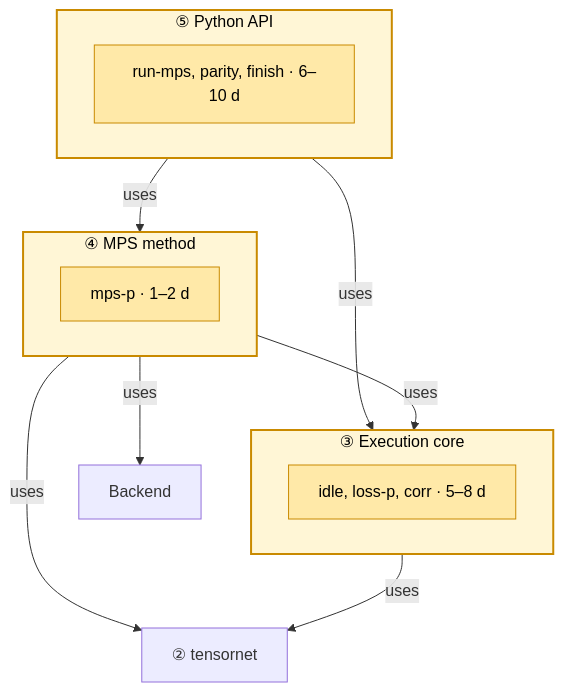
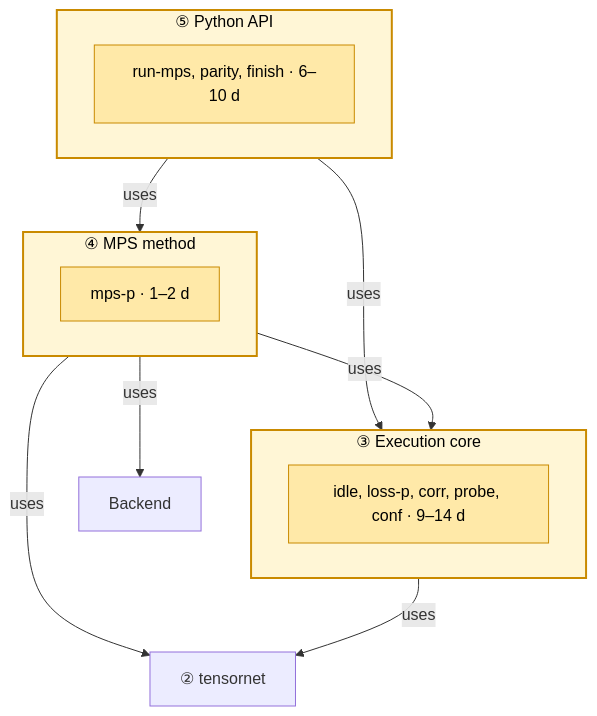
Before and after one commit to microsoft/qsharp: the fifth of 10 diagrams in source/TensorNetworkDesign.md, drawn with Mermaid. The commit also changed other lines of this file and 13 other files, not shown here.

````diff
--- a/source/TensorNetworkDesign.md
+++ b/source/TensorNetworkDesign.md
@@ -559,26 +680,26 @@
 ```mermaid
 flowchart TB
   subgraph py ["⑤ Python API"]
     pwork["run-mps, parity, finish · 6–10 d"]
   end
   subgraph mps ["④ MPS method"]
     mwork["mps-p · 1–2 d"]
   end
   subgraph core ["③ Execution core"]
-    cwork["idle, loss-p, corr · 5–8 d"]
+    cwork["idle, loss-p, corr, probe, conf · 9–14 d"]
   end
   tn["② tensornet"]
   back["Backend"]
   py -- "uses" --> mps
   py -- "uses" --> core
   mps -- "uses" --> core
   mps -- "uses" --> tn
   mps -- "uses" --> back
   core -- "uses" --> tn
   style py fill:#fff6d6,stroke:#c98a00,stroke-width:2px,color:#000
   style pwork fill:#ffe9a8,stroke:#c98a00,color:#000
   style mps fill:#fff6d6,stroke:#c98a00,stroke-width:2px,color:#000
   style mwork fill:#ffe9a8,stroke:#c98a00,color:#000
   style core fill:#fff6d6,stroke:#c98a00,stroke-width:2px,color:#000
   style cwork fill:#ffe9a8,stroke:#c98a00,color:#000
 ```
````
